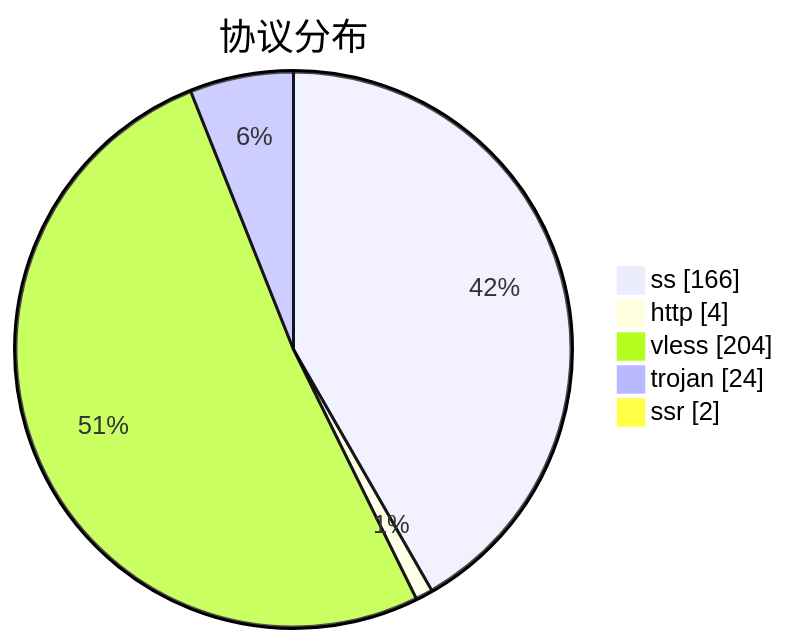
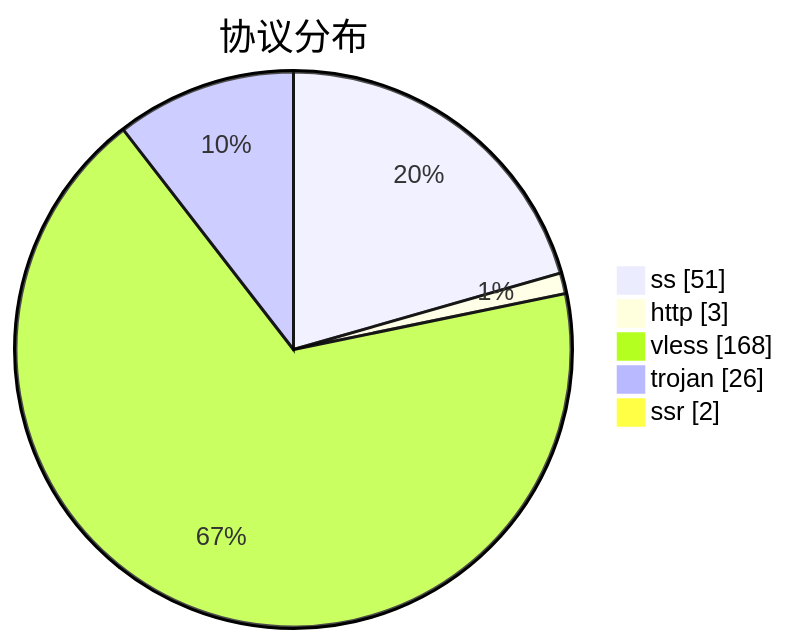
Before and after one commit to qjlxg/airport: the third of 3 diagrams in subs/statistics/tested_within.md, drawn with Mermaid. The commit also changed other lines of this file and 2 other files, not shown here.

````diff
--- a/subs/statistics/tested_within.md
+++ b/subs/statistics/tested_within.md
@@ -19,9 +19,9 @@
 ```mermaid
 pie showData
 title 协议分布
-"ss" : 166
-"http" : 4
-"vless" : 204
-"trojan" : 24
+"ss" : 51
+"http" : 3
+"vless" : 168
+"trojan" : 26
 "ssr" : 2
 ```
````
